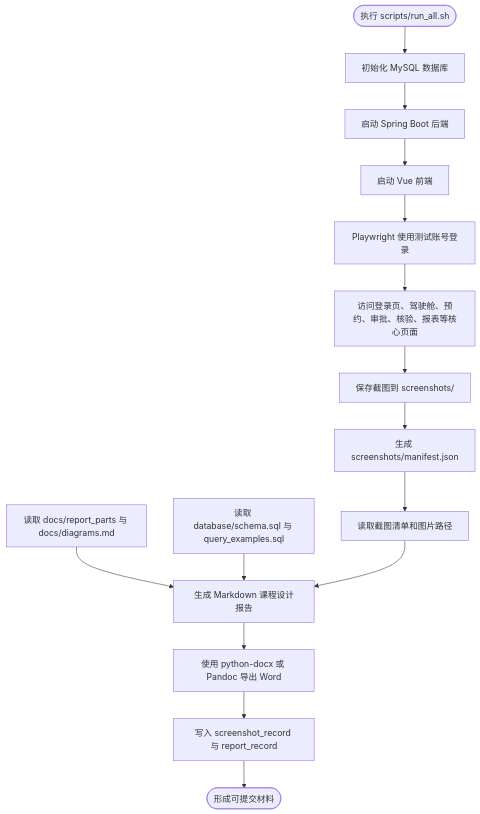
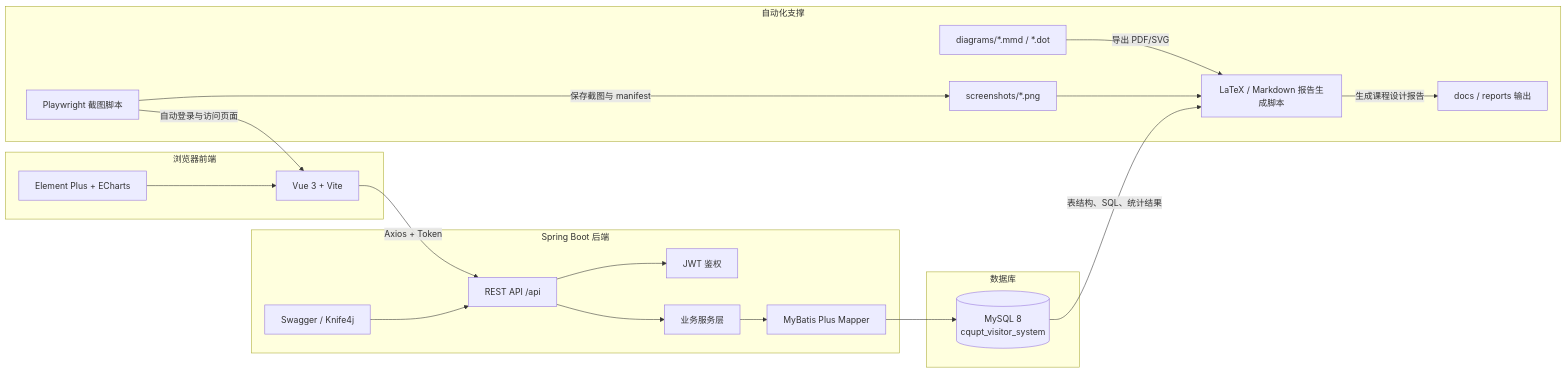
Before and after one commit to yccc530/CQUPT-visitor-management-system: diagram 11 of 11 in project/docs/diagrams.md, drawn with Mermaid. The commit also changed other lines of this file and 67 other files, not shown here.

````diff
--- a/project/docs/diagrams.md
+++ b/project/docs/diagrams.md
@@ -565,33 +832,42 @@
 ```mermaid
-flowchart TD
-  Start([执行 scripts/run_all.sh])
-  InitDB[初始化 MySQL 数据库]
-  StartBackend[启动 Spring Boot 后端]
-  StartFrontend[启动 Vue 前端]
-  Login[Playwright 使用测试账号登录]
-  VisitPages[访问登录页、驾驶舱、预约、审批、核验、报表等核心页面]
-  Capture[保存截图到 screenshots/]
-  Manifest[生成 screenshots/manifest.json]
-  ReadDocs[读取 docs/report_parts 与 docs/diagrams.md]
-  ReadSQL[读取 database/schema.sql 与 query_examples.sql]
-  ReadScreenshots[读取截图清单和图片路径]
-  GenerateMD[生成 Markdown 课程设计报告]
-  ExportWord[使用 python-docx 或 Pandoc 导出 Word]
-  Record[写入 screenshot_record 与 report_record]
-  End([形成可提交材料])
+flowchart LR
+  subgraph Client[浏览器前端]
+    Browser[Vue 3 + Vite]
+    UI[Element Plus + ECharts]
+  end
 
-  Start --> InitDB
-  InitDB --> StartBackend
-  StartBackend --> StartFrontend
-  StartFrontend --> Login
-  Login --> VisitPages
-  VisitPages --> Capture
-  Capture --> Manifest
-  Manifest --> ReadScreenshots
-  ReadDocs --> GenerateMD
-  ReadSQL --> GenerateMD
-  ReadScreenshots --> GenerateMD
-  GenerateMD --> ExportWord
-  ExportWord --> Record
-  Record --> End
+  subgraph Backend[Spring Boot 后端]
+    API[REST API /api]
+    Auth[JWT 鉴权]
+    Service[业务服务层]
+    Mapper[MyBatis Plus Mapper]
+    Swagger[Swagger / Knife4j]
+  end
+
+  subgraph Database[数据库]
+    MySQL[(MySQL 8\ncqupt_visitor_system)]
+  end
+
+  subgraph Automation[自动化支撑]
+    Playwright[Playwright 截图脚本]
+    ReportScript[LaTeX / Markdown 报告生成脚本]
+    DiagramFiles[diagrams/*.mmd / *.dot]
+    ScreenshotDir[screenshots/*.png]
+    ReportDir[docs / reports 输出]
+  end
+
+  Browser -->|Axios + Token| API
+  UI --> Browser
+  API --> Auth
+  API --> Service
+  Service --> Mapper
+  Mapper --> MySQL
+  Swagger --> API
+
+  Playwright -->|自动登录与访问页面| Browser
+  Playwright -->|保存截图与 manifest| ScreenshotDir
+  DiagramFiles -->|导出 PDF/SVG| ReportScript
+  ScreenshotDir --> ReportScript
+  MySQL -->|表结构、SQL、统计结果| ReportScript
+  ReportScript -->|生成课程设计报告| ReportDir
 ```
````
